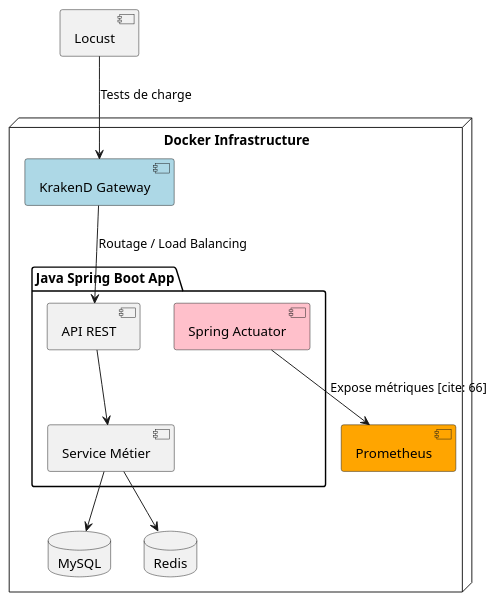
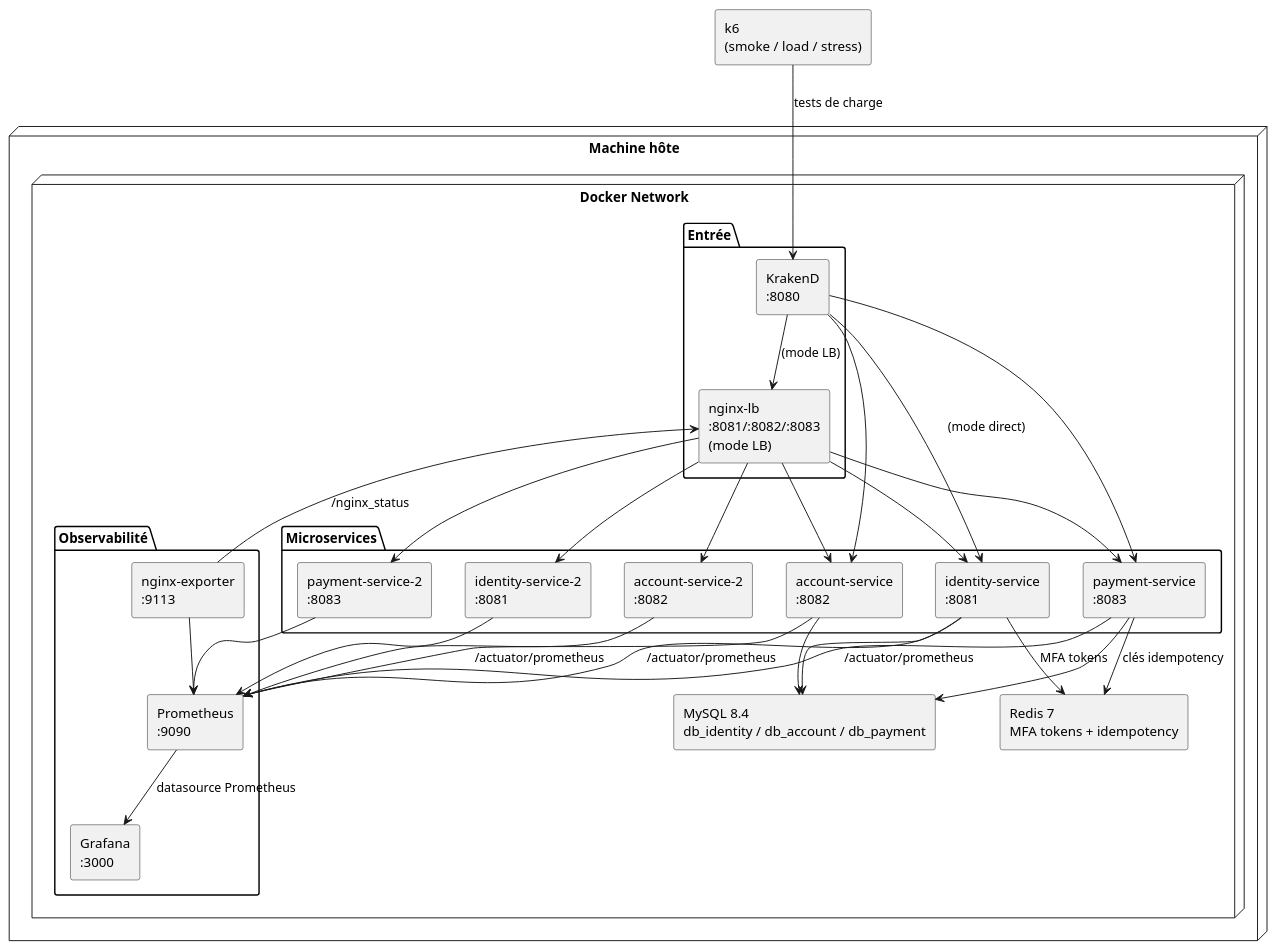
Before and after one commit to pascal680/log430-projet: the diagram in docs/ObservabilityDiagram.puml, drawn with PlantUML. The commit also changed 19 other files, not shown here.

Commit message:
modification doc et diagramme

```diff
--- a/docs/ObservabilityDiagram.puml
+++ b/docs/ObservabilityDiagram.puml
@@ -1,22 +1,64 @@
-@startuml
-node "Docker Infrastructure" {
-    component [KrakenD Gateway] as GW #LightBlue
+@startuml CanBankX — Vue Observabilité
+skinparam componentStyle rectangle
 
-    package "Java Spring Boot App" {
-        component [API REST] as API
-        component [Service Métier] as Logic
-        component [Spring Actuator] as Actuator #Pink
+node "Machine hôte" {
+  node "Docker Network" {
+
+    package "Entrée" {
+      component [KrakenD\n:8080] as GW
+      component [nginx-lb\n:8081/:8082/:8083\n(mode LB)] as NGLB
     }
 
-    database "MySQL" as DB
-    database "Redis" as Cache
-    component [Prometheus] as Prom #Orange
+    package "Microservices" {
+      component [identity-service\n:8081] as ID
+      component [identity-service-2\n:8081] as ID2
+      component [account-service\n:8082] as ACC
+      component [account-service-2\n:8082] as ACC2
+      component [payment-service\n:8083] as PAY
+      component [payment-service-2\n:8083] as PAY2
+    }
+
+    database [MySQL 8.4\ndb_identity / db_account / db_payment] as DB
+    database [Redis 7\nMFA tokens + idempotency] as Cache
+
+    package "Observabilité" {
+      component [Prometheus\n:9090] as PROM
+      component [Grafana\n:3000] as GRAF
+      component [nginx-exporter\n:9113] as NGEXP
+    }
+  }
 }
 
-[Locust] --> GW : Tests de charge
-GW --> API : Routage / Load Balancing
-API --> Logic
-Logic --> DB
-Logic --> Cache
-Actuator --> Prom : Expose métriques [cite: 66]
+component [k6\n(smoke / load / stress)] as K6
+
+K6 --> GW : tests de charge
+
+GW --> NGLB : (mode LB)
+GW --> ID  : (mode direct)
+GW --> ACC
+GW --> PAY
+
+NGLB --> ID
+NGLB --> ID2
+NGLB --> ACC
+NGLB --> ACC2
+NGLB --> PAY
+NGLB --> PAY2
+
+ID  --> DB
+ACC --> DB
+PAY --> DB
+ID  --> Cache : MFA tokens
+PAY --> Cache : clés idempotency
+
+ID   --> PROM : /actuator/prometheus
+ID2  --> PROM
+ACC  --> PROM : /actuator/prometheus
+ACC2 --> PROM
+PAY  --> PROM : /actuator/prometheus
+PAY2 --> PROM
+NGEXP --> NGLB : /nginx_status
+NGEXP --> PROM
+
+PROM --> GRAF : datasource Prometheus
 @enduml
```
